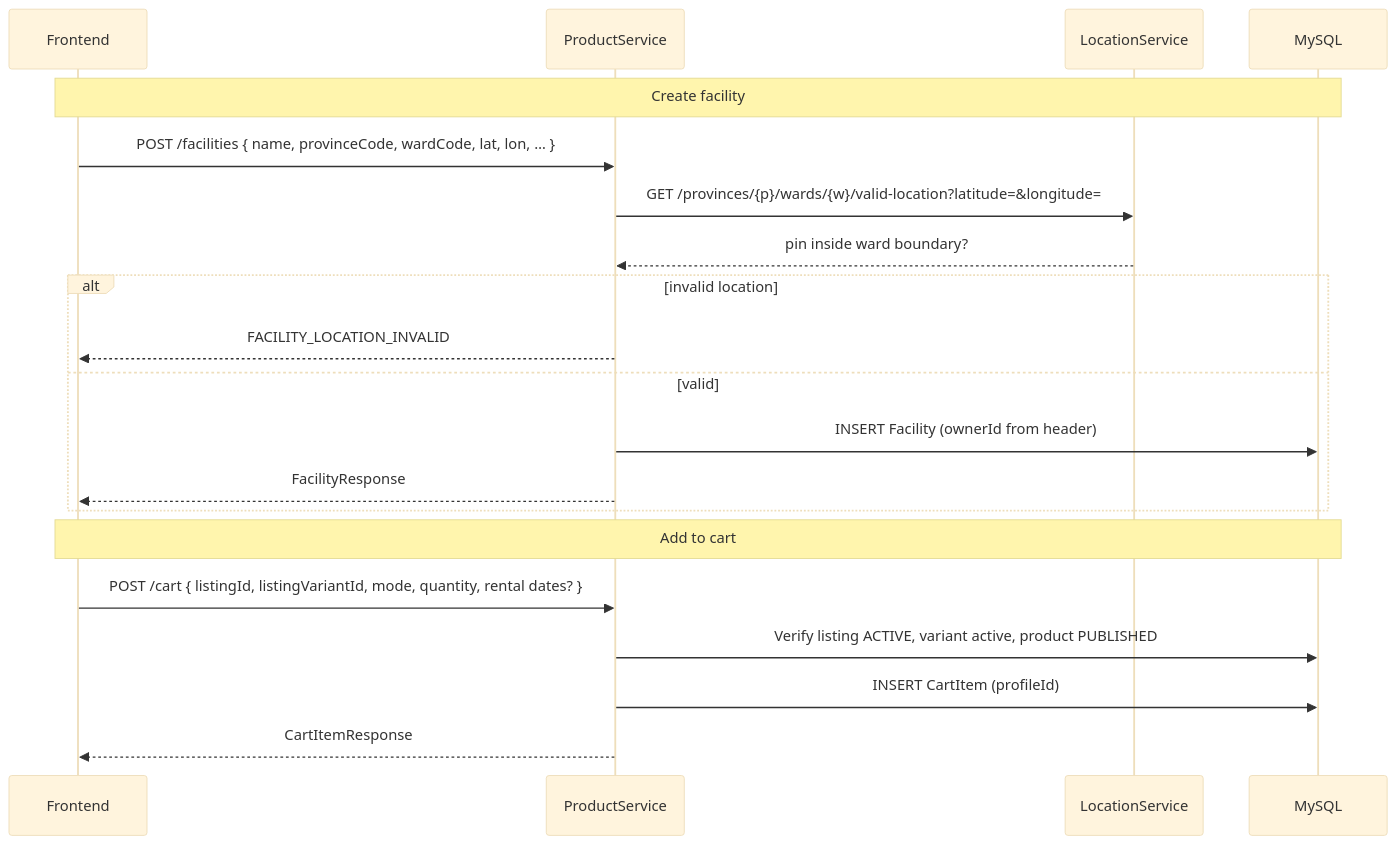
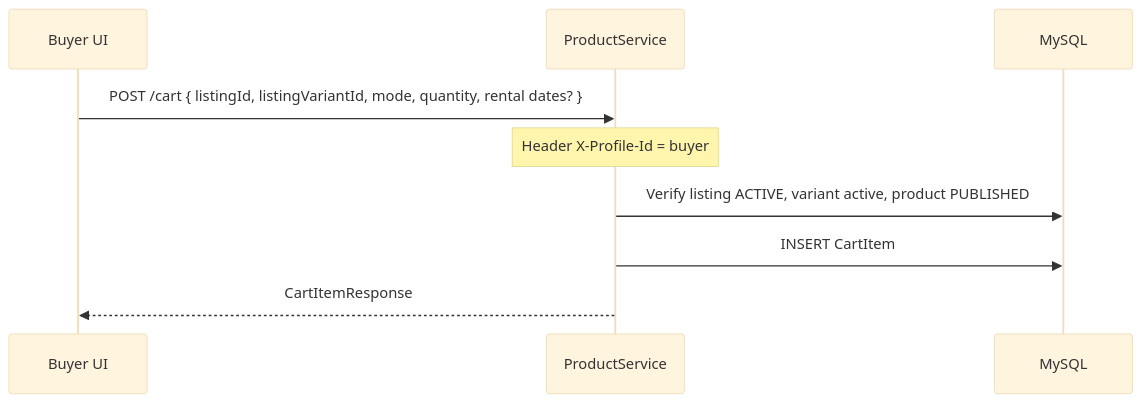
The eighth of 8 diagrams in productservice/README.md (Naodab/Second_Life), drawn with Mermaid (base theme) before and after one commit. The commit also changed other lines of this file and 54 other files, not shown here.

````diff
--- a/productservice/README.md
+++ b/productservice/README.md
@@ -239,24 +387,12 @@
 ```mermaid
 sequenceDiagram
-  participant UI as Frontend
+  participant UI as Buyer UI
   participant P as ProductService
-  participant L as LocationService
   participant DB as MySQL
 
-  Note over UI,DB: Create facility
-  UI->>P: POST /facilities { name, provinceCode, wardCode, lat, lon, … }
-  P->>L: GET /provinces/{p}/wards/{w}/valid-location?latitude=&longitude=
-  L-->>P: pin inside ward boundary?
-  alt invalid location
-    P-->>UI: FACILITY_LOCATION_INVALID
-  else valid
-    P->>DB: INSERT Facility (ownerId from header)
-    P-->>UI: FacilityResponse
-  end
-
-  Note over UI,DB: Add to cart
   UI->>P: POST /cart { listingId, listingVariantId, mode, quantity, rental dates? }
+  Note over P: Header X-Profile-Id = buyer
   P->>DB: Verify listing ACTIVE, variant active, product PUBLISHED
-  P->>DB: INSERT CartItem (profileId)
+  P->>DB: INSERT CartItem
   P-->>UI: CartItemResponse
 ```
````
